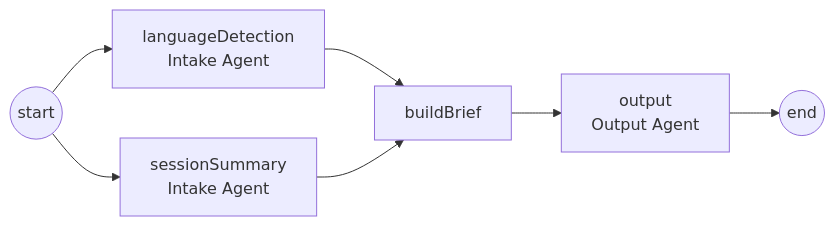
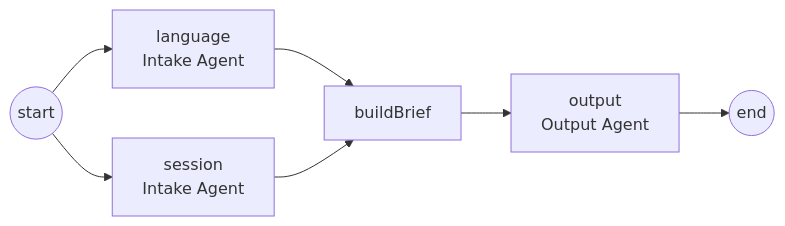
The seventh of 9 diagrams in docs/architecture.md (itsDaiton/nebula-chat), drawn with Mermaid before and after one commit. The commit also changed other lines of this file and 15 other files, not shown here.

First line of the commit message:
fix(worker): NEB-359 name the Intake Agents language and session, and pass the Brief down as JSON

````diff
--- a/docs/architecture.md
+++ b/docs/architecture.md
@@ -359,9 +359,9 @@
 ```mermaid
 flowchart LR
-  start((start)) --> ld[languageDetection<br/>Intake Agent]
-  start --> ss[sessionSummary<br/>Intake Agent]
+  start((start)) --> ld[language<br/>Intake Agent]
+  start --> ss[session<br/>Intake Agent]
   ld --> brief[buildBrief]
   ss --> brief
   brief --> out[output<br/>Output Agent]
   out --> done((end))
 ```
````
